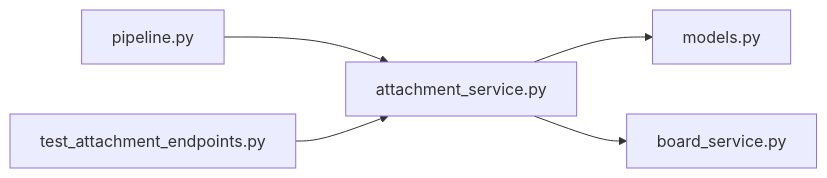
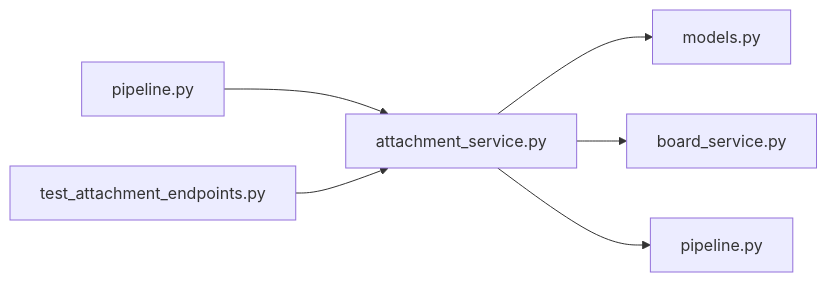
One commit to minkong-dev/Banblit changed the diagram in .cluedoc/graph/backend/src/backend/services/board/attachment_service.md. Above: the diagram before and after it, drawn with Mermaid. The commit also changed other lines of this file and 48 other files, not shown here.

First line of the commit message:
backend: split file storage into its own module and keep shared literals in contract

````diff
--- a/.cluedoc/graph/backend/src/backend/services/board/attachment_service.md
+++ b/.cluedoc/graph/backend/src/backend/services/board/attachment_service.md
@@ -10,8 +10,9 @@
 ```mermaid
 flowchart LR
   backend_src_backend_services_board_attachment_service["attachment_service.py"]
   backend_src_backend_services_board_attachment_service --> backend_src_backend_db_models["models.py"]
   backend_src_backend_services_board_attachment_service --> backend_src_backend_services_board_board_service["board_service.py"]
+  backend_src_backend_services_board_attachment_service --> backend_src_backend_services_storage_pipeline["pipeline.py"]
   backend_src_backend_services_board_pipeline["pipeline.py"] --> backend_src_backend_services_board_attachment_service
   backend_tests_integration_db_test_attachment_endpoints["test_attachment_endpoints.py"] --> backend_src_backend_services_board_attachment_service
 ```
````
